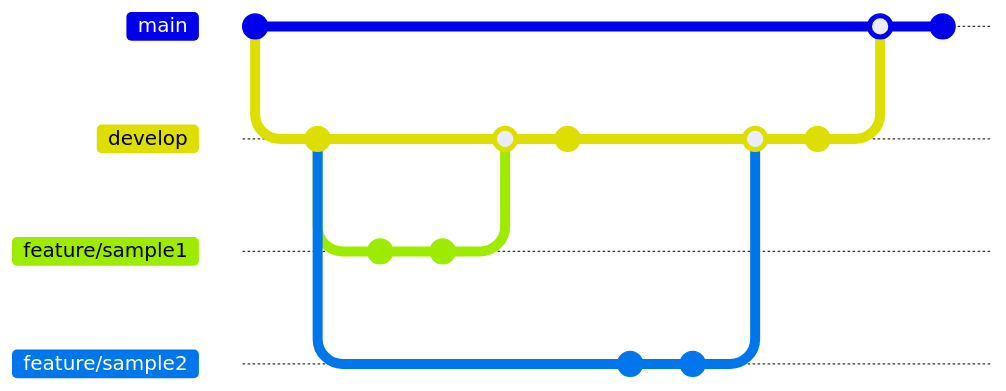
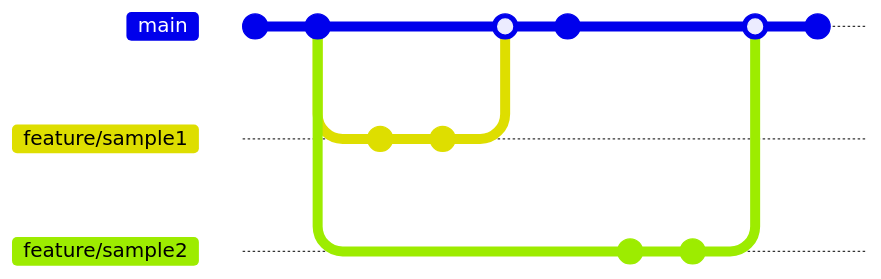
Before and after one commit to SIOS-Technology-Inc/ps-pj-pride-project: the diagram in README.md, drawn with Mermaid. The commit also changed other lines of this file and 2 other files, not shown here. Commit ids are hidden.

````diff
--- a/README.md
+++ b/README.md
@@ -36,24 +108,19 @@
 ```mermaid
 gitGraph
     commit id: "main"
-    branch develop
-    checkout develop
-    commit id: "develop"
+    commit
     branch feature/sample1
     branch feature/sample2
     checkout feature/sample1
     commit
     commit
-    checkout develop
+    checkout main
     merge feature/sample1
     commit id: "develop-merge-sample1"
     checkout feature/sample2
     commit
     commit
-    checkout develop
+    checkout main
     merge feature/sample2
     commit id: "develop-merge-sample2"
-    checkout main
-    merge develop
-    commit id: "main-merge-develop"
 ```
````
